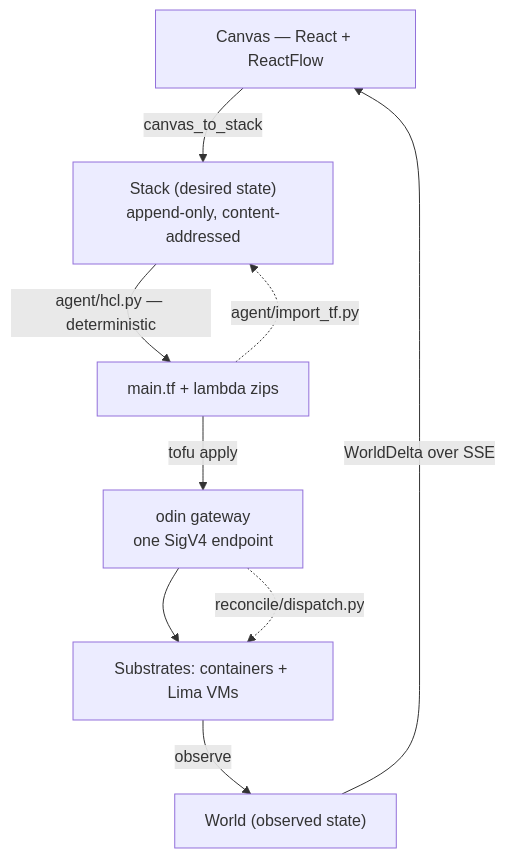
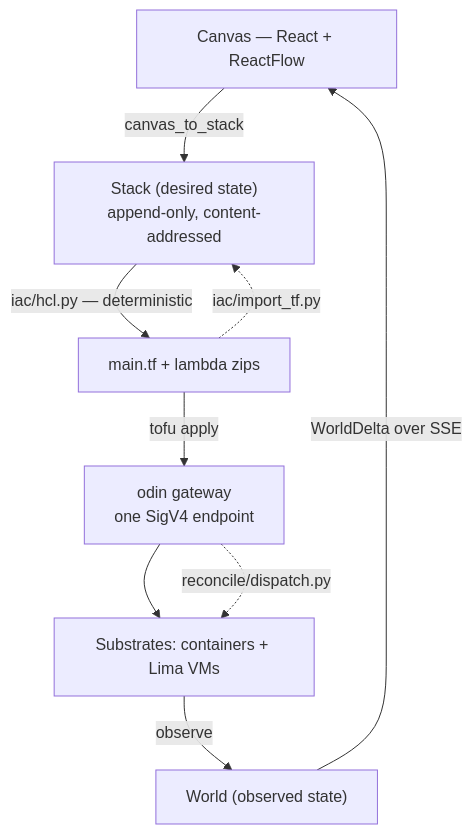
One commit to kessler-frost/odin changed the first of 18 diagrams in docs/architecture.md. Above: the diagram before and after it, drawn with Mermaid. The commit also changed 144 other files, not shown here.

````diff
--- a/docs/architecture.md
+++ b/docs/architecture.md
@@ -12,11 +12,11 @@
 ```mermaid
 graph TD
   Canvas["Canvas — React + ReactFlow"] -->|"canvas_to_stack"| Stack["Stack (desired state)<br/>append-only, content-addressed"]
-  Stack -->|"agent/hcl.py — deterministic"| TF["main.tf + lambda zips"]
+  Stack -->|"iac/hcl.py — deterministic"| TF["main.tf + lambda zips"]
   TF -->|"tofu apply"| GW["odin gateway<br/>one SigV4 endpoint"]
   GW --> Sub["Substrates: containers + Lima VMs"]
   Sub -->|"observe"| World["World (observed state)"]
   World -->|"WorldDelta over SSE"| Canvas
-  TF -.->|"agent/import_tf.py"| Stack
+  TF -.->|"iac/import_tf.py"| Stack
   GW -.->|"reconcile/dispatch.py"| Sub
 ```
````
